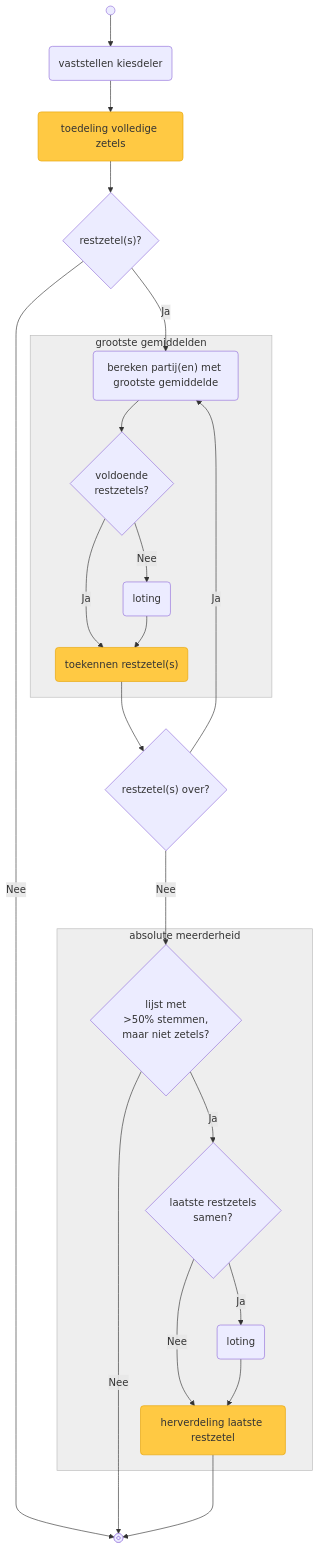
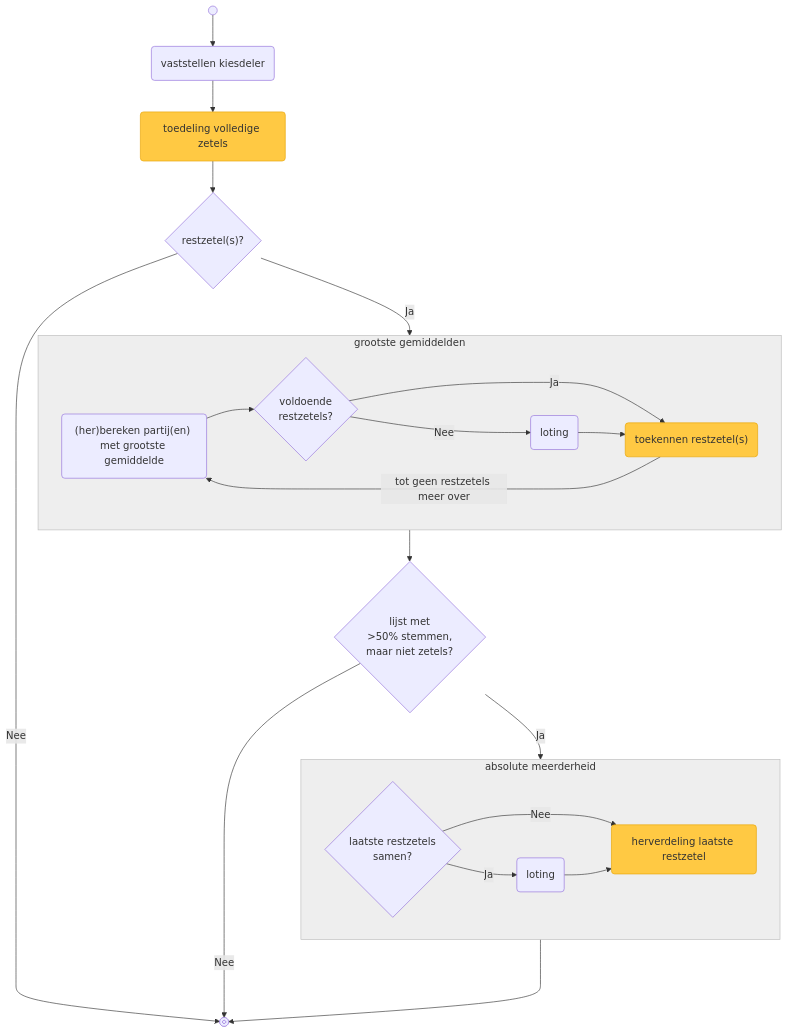
One commit to kiesraad/abacus-documentatie changed the first of 2 diagrams in verkiezingsproces/zetelverdeling-GR-flowchart.md. Above: the diagram before and after it, drawn with Mermaid. The commit also changed other lines of this file, not shown here.

````diff
--- a/verkiezingsproces/zetelverdeling-GR-flowchart.md
+++ b/verkiezingsproces/zetelverdeling-GR-flowchart.md
@@ -11,63 +10,61 @@
 ```Mermaid
 flowchart
     %% styling
     classDef lijstuitputting fill:#ffc943,stroke:#e8a302
     classDef greyFill fill:#eee,stroke:#bbb;
 
     %% elements
     flow_start@{ shape: sm-circ, label: "start" }
     flow_end@{ shape: framed-circle, label: "end" }
 
     vaststellen_kiesdeler(vaststellen kiesdeler)
     toedeling_volledige_zetels(toedeling volledige zetels)
     class toedeling_volledige_zetels lijstuitputting
 
     restzetels{"restzetel(s)?"}
 
-    bereken_partijen_met_grootste_gemiddelde("bereken partij(en) met grootste gemiddelde")
+    bereken_partijen_met_grootste_gemiddelde("(her)bereken partij(en) met grootste gemiddelde")
     voldoende_restzetels{voldoende<br/>restzetels?}
     loting_grootste_gemiddelden(loting)
     toekennen_restzetels("toekennen restzetel(s)")
     class toekennen_restzetels lijstuitputting
-
-    restzetels_na_gemiddelden{"restzetel(s) over?"}
 
     volstrekte_meerderheid{lijst met<br/>>50% stemmen,<br/>maar niet zetels?}
     laatste_restzetels_samen{laatste restzetels<br/>samen?}
     loting_abs_meerderheid(loting)
     herverdeling_laatste_restzetel(herverdeling laatste restzetel)
     class herverdeling_laatste_restzetel lijstuitputting
 
     %% flow
     flow_start --> vaststellen_kiesdeler
     vaststellen_kiesdeler --> toedeling_volledige_zetels
     toedeling_volledige_zetels --> restzetels
 
     restzetels -->|Nee| flow_end
-    restzetels -->|Ja| bereken_partijen_met_grootste_gemiddelde
+    restzetels -->|Ja| grootste_gemiddelden
 
     subgraph grootste_gemiddelden["grootste gemiddelden"]
+        direction LR
         bereken_partijen_met_grootste_gemiddelde --> voldoende_restzetels
         voldoende_restzetels -->|Ja| toekennen_restzetels
         voldoende_restzetels -->|Nee| loting_grootste_gemiddelden
-        loting_grootste_gemiddelden --> toekennen_restzetels        
+        loting_grootste_gemiddelden --> toekennen_restzetels
+        toekennen_restzetels -->|tot geen restzetels meer over| bereken_partijen_met_grootste_gemiddelde
     end
     class grootste_gemiddelden greyFill;
 
-    toekennen_restzetels --> restzetels_na_gemiddelden
-
-    restzetels_na_gemiddelden --->|Nee| volstrekte_meerderheid
-    restzetels_na_gemiddelden --->|Ja| bereken_partijen_met_grootste_gemiddelde
+    grootste_gemiddelden --> volstrekte_meerderheid
+    volstrekte_meerderheid -->|Ja| absolute_meerderheid
+    volstrekte_meerderheid --->|Nee| flow_end
 
     subgraph absolute_meerderheid["absolute meerderheid"]
-        volstrekte_meerderheid -->|Ja| laatste_restzetels_samen
+        direction LR
         laatste_restzetels_samen -->|Ja| loting_abs_meerderheid
         laatste_restzetels_samen -->|Nee| herverdeling_laatste_restzetel
         loting_abs_meerderheid --> herverdeling_laatste_restzetel
     end
     class absolute_meerderheid greyFill;
 
-    volstrekte_meerderheid --->|Nee| flow_end
-    herverdeling_laatste_restzetel ---> flow_end
-
+    
+    absolute_meerderheid ---> flow_end
 ```
````
